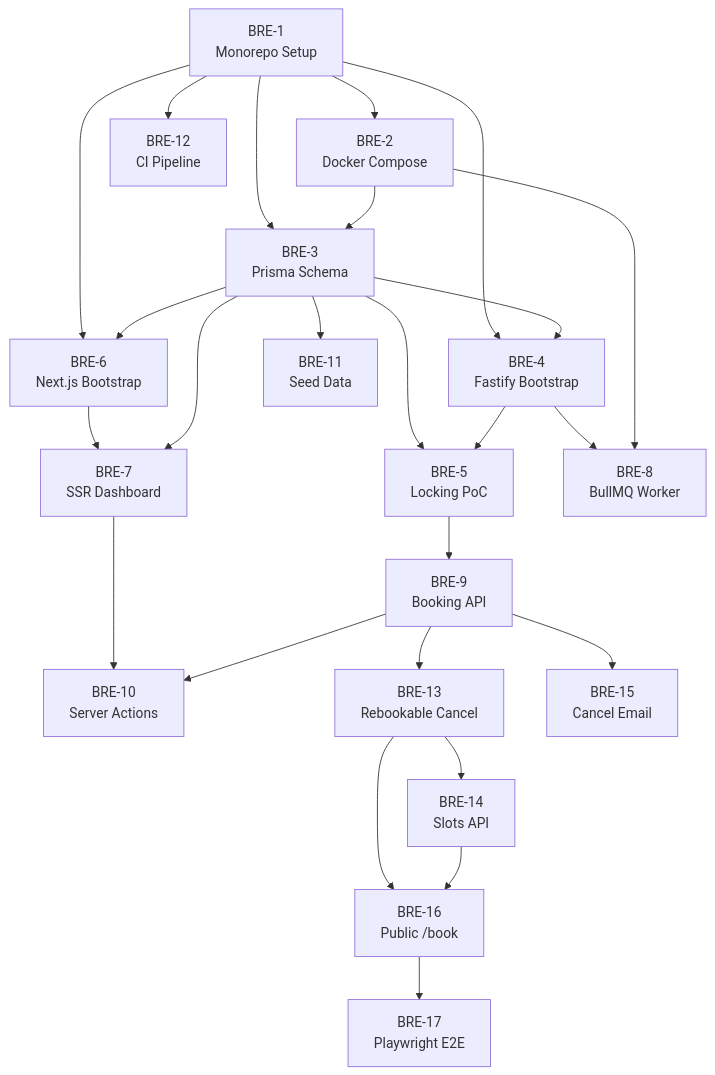
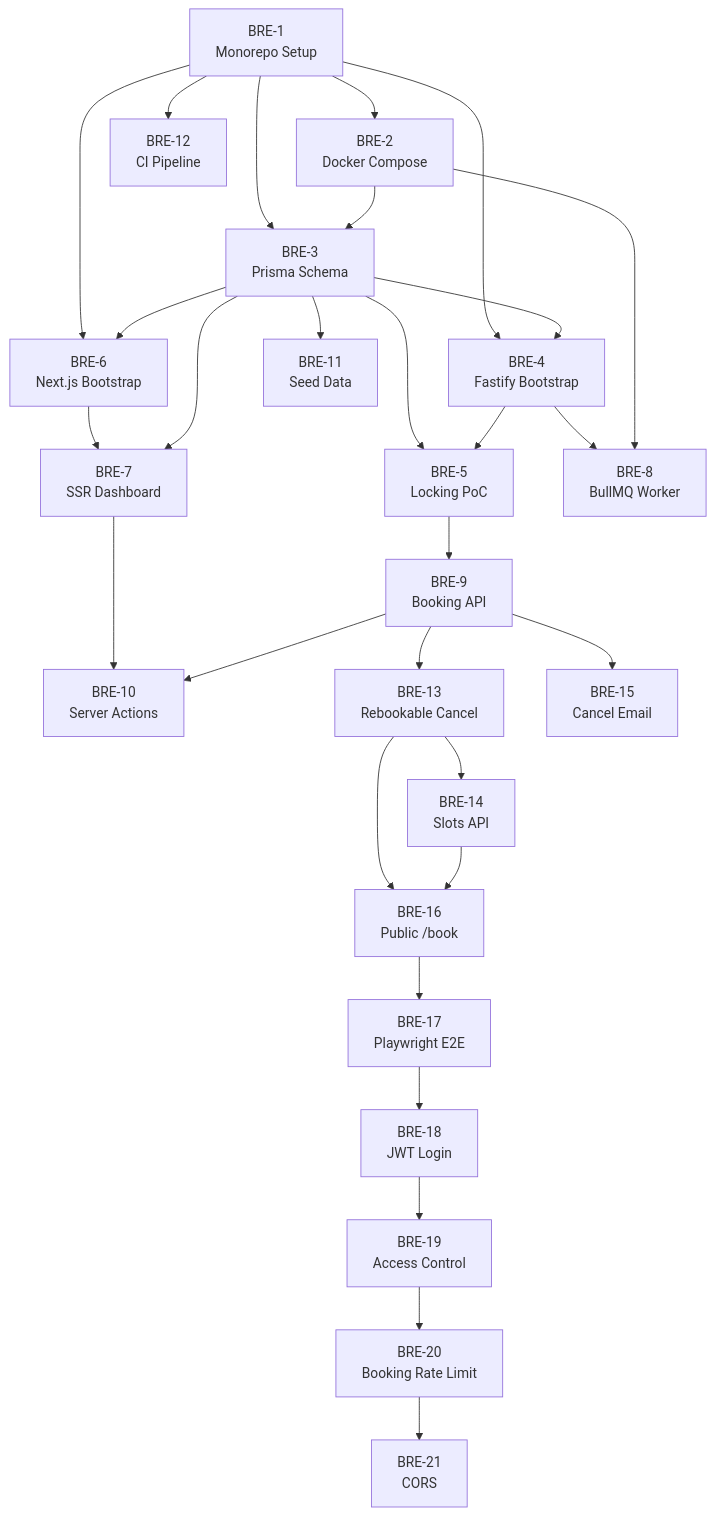
One commit to BrenoNery/real-time-scheduling-platform changed the ninth of 9 diagrams in ARCHITECTURE.md. Above: the diagram before and after it, drawn with Mermaid. The commit also changed other lines of this file and 2 other files, not shown here.

Commit message:
Document Phase 6 authentication and access control as the active roadmap. (#24)

````diff
--- a/ARCHITECTURE.md
+++ b/ARCHITECTURE.md
@@ -871,45 +955,53 @@
 ```mermaid
 flowchart TD
     BRE1["BRE-1<br/>Monorepo Setup"]
     BRE2["BRE-2<br/>Docker Compose"]
     BRE3["BRE-3<br/>Prisma Schema"]
     BRE4["BRE-4<br/>Fastify Bootstrap"]
     BRE5["BRE-5<br/>Locking PoC"]
     BRE6["BRE-6<br/>Next.js Bootstrap"]
     BRE7["BRE-7<br/>SSR Dashboard"]
     BRE8["BRE-8<br/>BullMQ Worker"]
     BRE9["BRE-9<br/>Booking API"]
     BRE10["BRE-10<br/>Server Actions"]
     BRE11["BRE-11<br/>Seed Data"]
     BRE12["BRE-12<br/>CI Pipeline"]
     BRE13["BRE-13<br/>Rebookable Cancel"]
     BRE14["BRE-14<br/>Slots API"]
     BRE15["BRE-15<br/>Cancel Email"]
     BRE16["BRE-16<br/>Public /book"]
     BRE17["BRE-17<br/>Playwright E2E"]
+    BRE18["BRE-18<br/>JWT Login"]
+    BRE19["BRE-19<br/>Access Control"]
+    BRE20["BRE-20<br/>Booking Rate Limit"]
+    BRE21["BRE-21<br/>CORS"]
 
     BRE1 --> BRE2
     BRE1 --> BRE3
     BRE1 --> BRE4
     BRE1 --> BRE6
     BRE1 --> BRE12
     BRE2 --> BRE3
     BRE3 --> BRE4
     BRE3 --> BRE5
     BRE3 --> BRE6
     BRE3 --> BRE11
     BRE4 --> BRE5
     BRE4 --> BRE8
     BRE2 --> BRE8
     BRE5 --> BRE9
     BRE6 --> BRE7
     BRE3 --> BRE7
     BRE7 --> BRE10
     BRE9 --> BRE10
     BRE9 --> BRE13
     BRE13 --> BRE14
     BRE9 --> BRE15
     BRE13 --> BRE16
     BRE14 --> BRE16
     BRE16 --> BRE17
+    BRE17 --> BRE18
+    BRE18 --> BRE19
+    BRE19 --> BRE20
+    BRE20 --> BRE21
 ```
````
